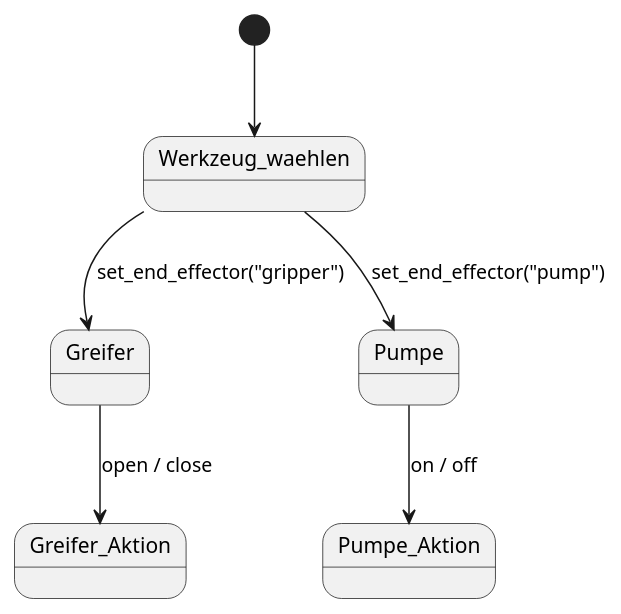
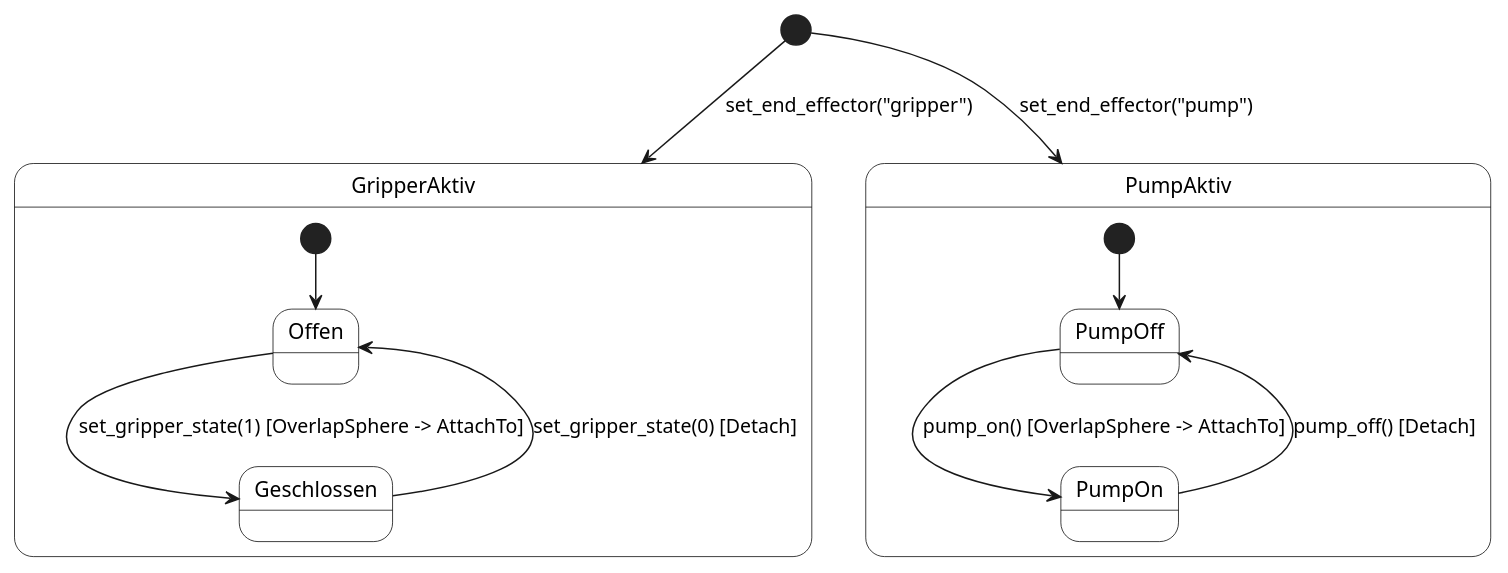
One commit to Stonehouse1703/DigitalTwin-for-MyPalletizer-260-M5-UnityVersion changed the second of 2 diagrams in docs/asciidoc/chapters/08_concepts.adoc. Above: the diagram before and after it, drawn with PlantUML. The commit also changed other lines of this file and 12 other files, not shown here.

```diff
--- a/docs/asciidoc/chapters/08_concepts.adoc
+++ b/docs/asciidoc/chapters/08_concepts.adoc
@@ -94,11 +91,24 @@
-[plantuml, target="diagram-end-effector-concept", format="png"]
+[plantuml, target="diagram-endeffector-concept", format="png"]
 ----
 @startuml
-[*] --> Werkzeug_waehlen
-Werkzeug_waehlen --> Greifer : set_end_effector("gripper")
-Werkzeug_waehlen --> Pumpe : set_end_effector("pump")
+skinparam state {
+    BackgroundColor White
+    BorderColor Black
+}
 
-Greifer --> Greifer_Aktion : open / close
-Pumpe --> Pumpe_Aktion : on / off
+[*] --> GripperAktiv : set_end_effector("gripper")
+[*] --> PumpAktiv : set_end_effector("pump")
+
+state GripperAktiv {
+    [*] --> Offen
+    Offen --> Geschlossen : set_gripper_state(1) [OverlapSphere -> AttachTo]
+    Geschlossen --> Offen : set_gripper_state(0) [Detach]
+}
+
+state PumpAktiv {
+    [*] --> PumpOff
+    PumpOff --> PumpOn : pump_on() [OverlapSphere -> AttachTo]
+    PumpOn --> PumpOff : pump_off() [Detach]
+}
 @enduml
 ----
```
